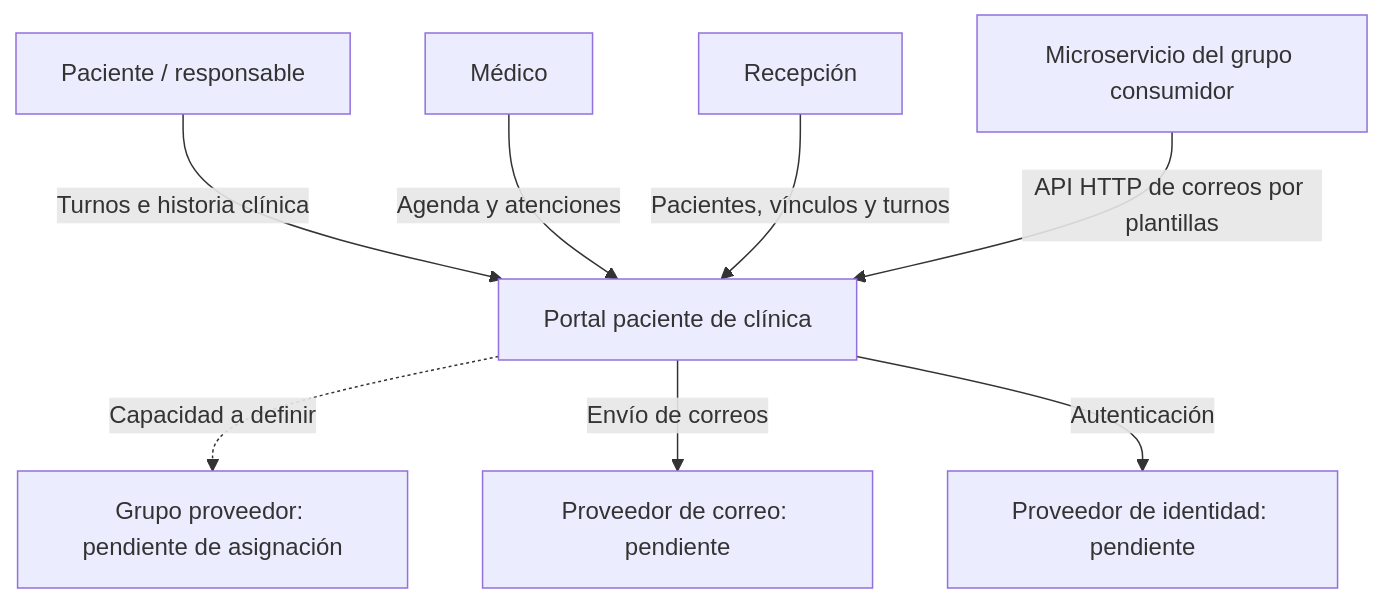
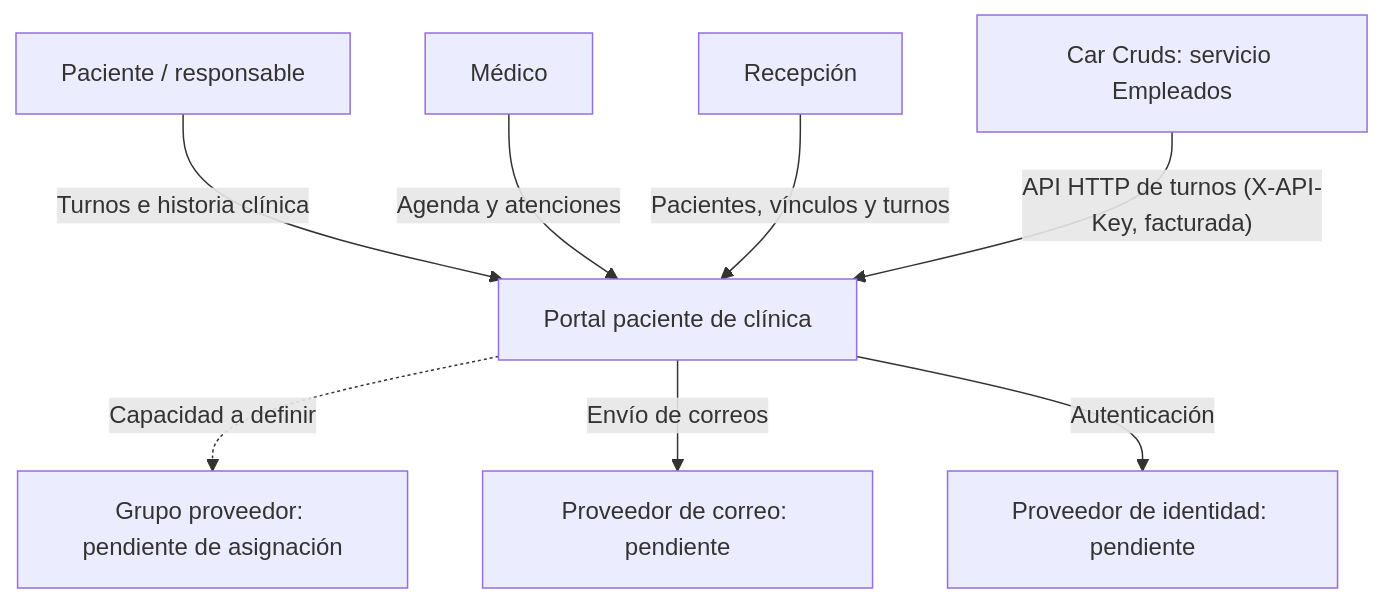
The diagram in docs/diagrams/contexto.mmd (OctiDelFabro/portal-paciente-clinica), drawn with Mermaid before and after one commit. The commit also changed 16 other files, not shown here.

First line of the commit message:
docs(contracts): publish Turnos as the shared capability for Car Cruds

```diff
--- a/docs/diagrams/contexto.mmd
+++ b/docs/diagrams/contexto.mmd
@@ -1,16 +1,16 @@
 flowchart TB
  p["Paciente / responsable"]
  m["Médico"]
  r["Recepción"]
  portal["Portal paciente de clínica"]
- consumidor["Microservicio del grupo consumidor"]
+ consumidor["Car Cruds: servicio Empleados"]
  proveedor["Grupo proveedor: pendiente de asignación"]
  correo["Proveedor de correo: pendiente"]
  identidad["Proveedor de identidad: pendiente"]
  p -->|"Turnos e historia clínica"| portal
  m -->|"Agenda y atenciones"| portal
  r -->|"Pacientes, vínculos y turnos"| portal
- consumidor -->|"API HTTP de correos por plantillas"| portal
+ consumidor -->|"API HTTP de turnos (X-API-Key, facturada)"| portal
  portal -.->|"Capacidad a definir"| proveedor
  portal -->|"Envío de correos"| correo
  portal -->|"Autenticación"| identidad
```
